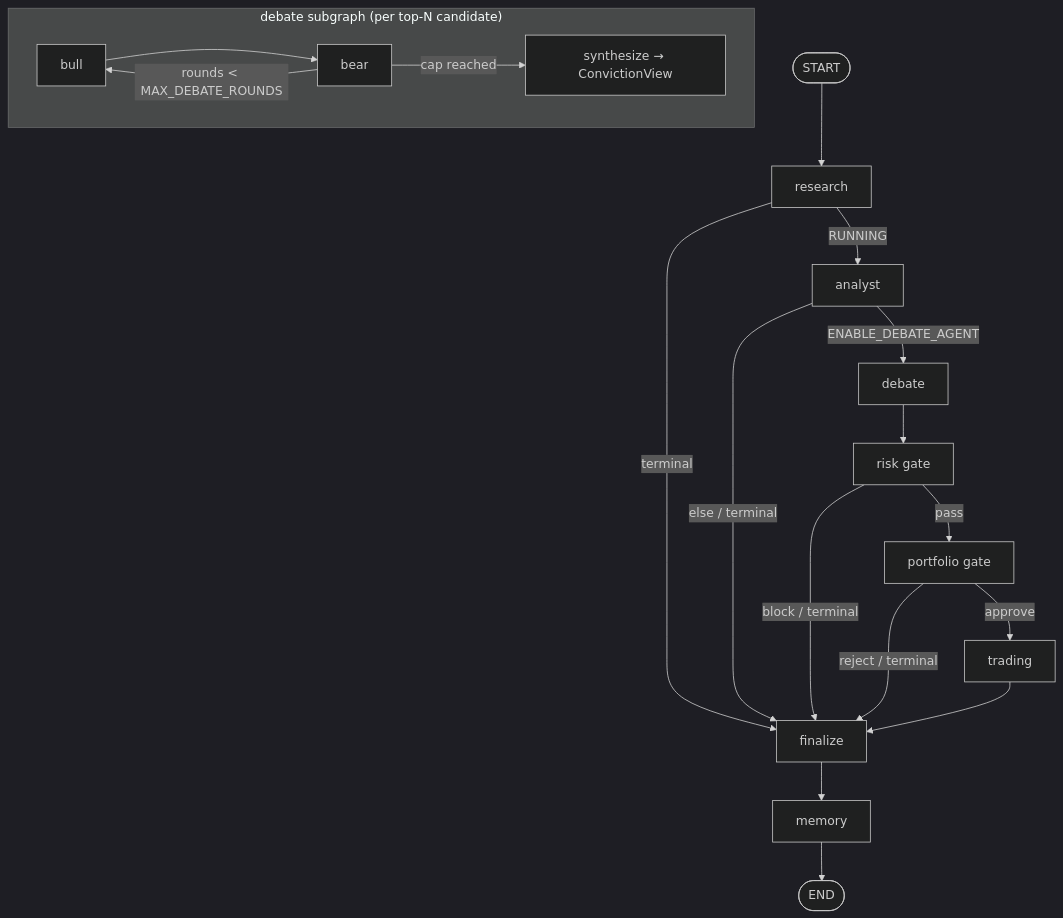
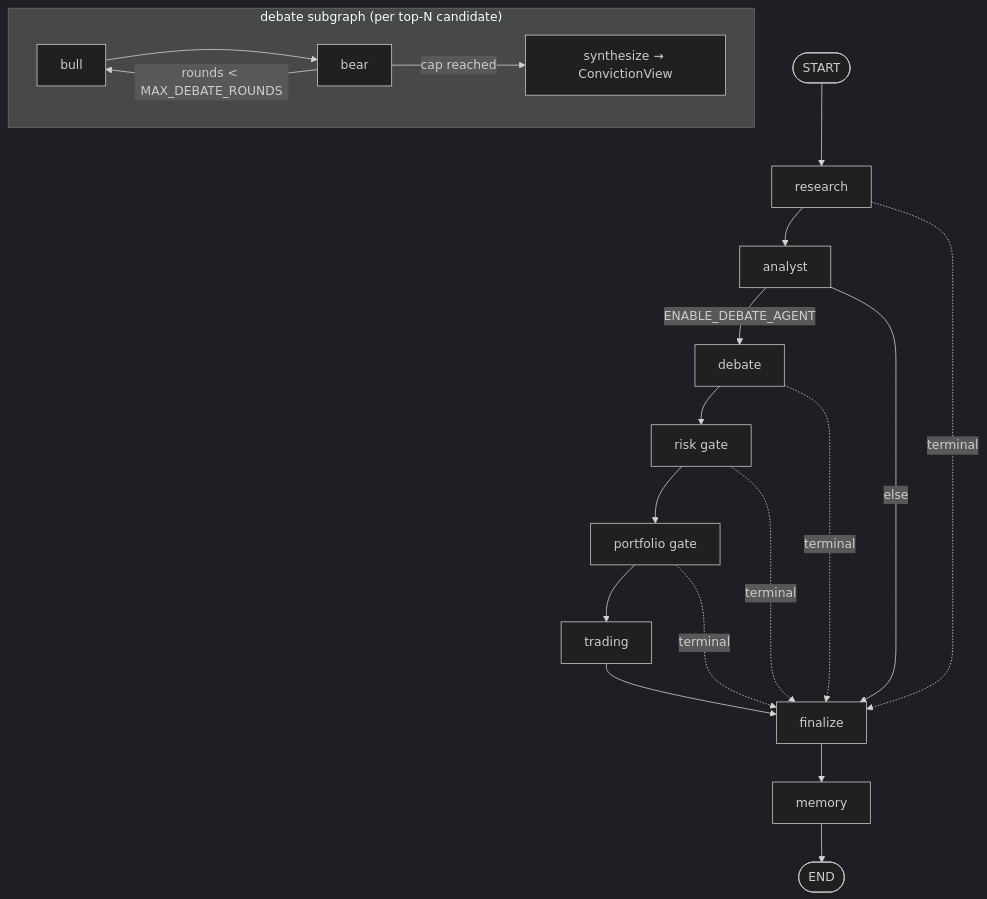
Before and after one commit to skarin7/stock_research: the second of 3 diagrams in README.md, drawn with Mermaid (dark theme). The commit also changed other lines of this file and 1 other file, not shown here.

Commit message:
Consistency pass: accurate agent-graph diagram + entrypoint docstring
The README agent-graph Mermaid mislabeled the risk/portfolio edges — those gates
mark individual proposals BLOCKED/REJECTED but the run still advances; only a
terminal run status short-circuits to finalize. Corrected the edges and the
default path (… → finalize → memory). Updated run_agents.py docstring to list
the monitor/resume modes.

https://claude.ai/code/session_01HEH6VgBW7CsVistkh6GnUe

````diff
--- a/README.md
+++ b/README.md
@@ -78,22 +78,23 @@
 ```mermaid
 flowchart TD
     START([START]) --> RES[research]
-    RES -->|RUNNING| ANA[analyst]
-    RES -->|terminal| FIN[finalize]
+    RES --> ANA[analyst]
     ANA -->|ENABLE_DEBATE_AGENT| DEB[debate]
-    ANA -->|else / terminal| FIN
+    ANA -->|else| FIN[finalize]
     DEB --> RISK[risk gate]
-    RISK -->|pass| PORT[portfolio gate]
-    RISK -->|block / terminal| FIN
-    PORT -->|approve| TRD[trading]
-    PORT -->|reject / terminal| FIN
+    RISK --> PORT[portfolio gate]
+    PORT --> TRD[trading]
     TRD --> FIN
     FIN --> MEM[memory] --> END([END])
+    RES -. terminal .-> FIN
+    DEB -. terminal .-> FIN
+    RISK -. terminal .-> FIN
+    PORT -. terminal .-> FIN
 
     subgraph DebateSub["debate subgraph (per top-N candidate)"]
         direction LR
         B[bull] --> R[bear]
         R -->|rounds < MAX_DEBATE_ROUNDS| B
         R -->|cap reached| S[synthesize → ConvictionView]
     end
 ```
````
